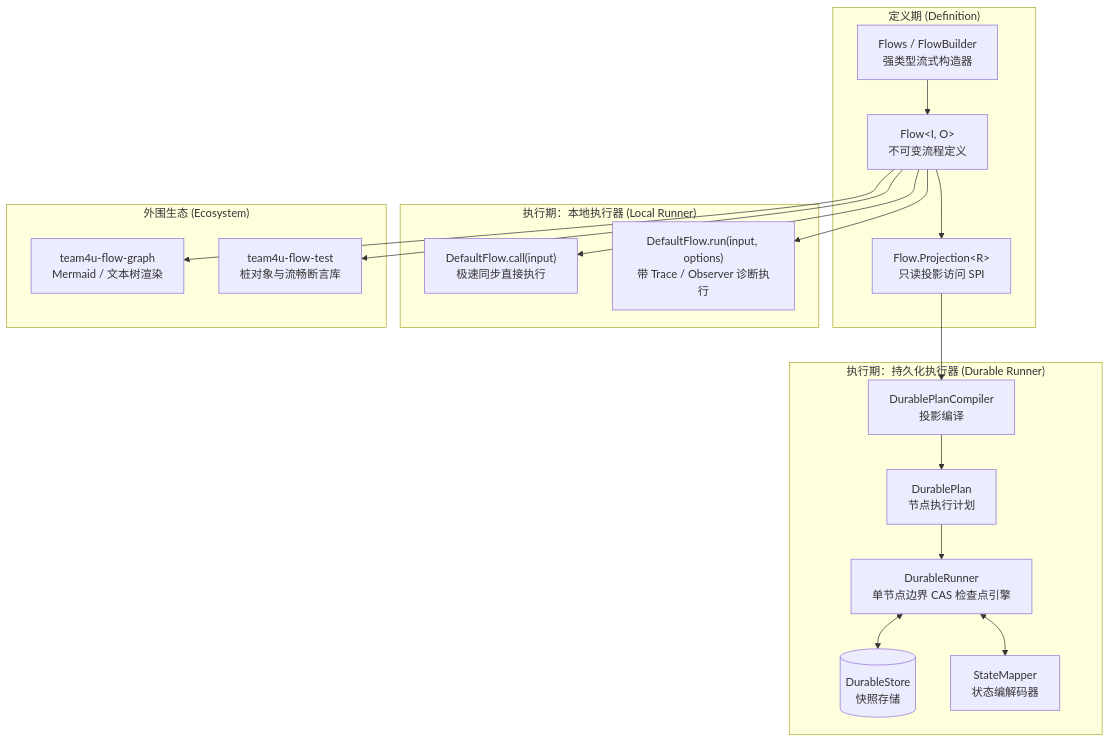
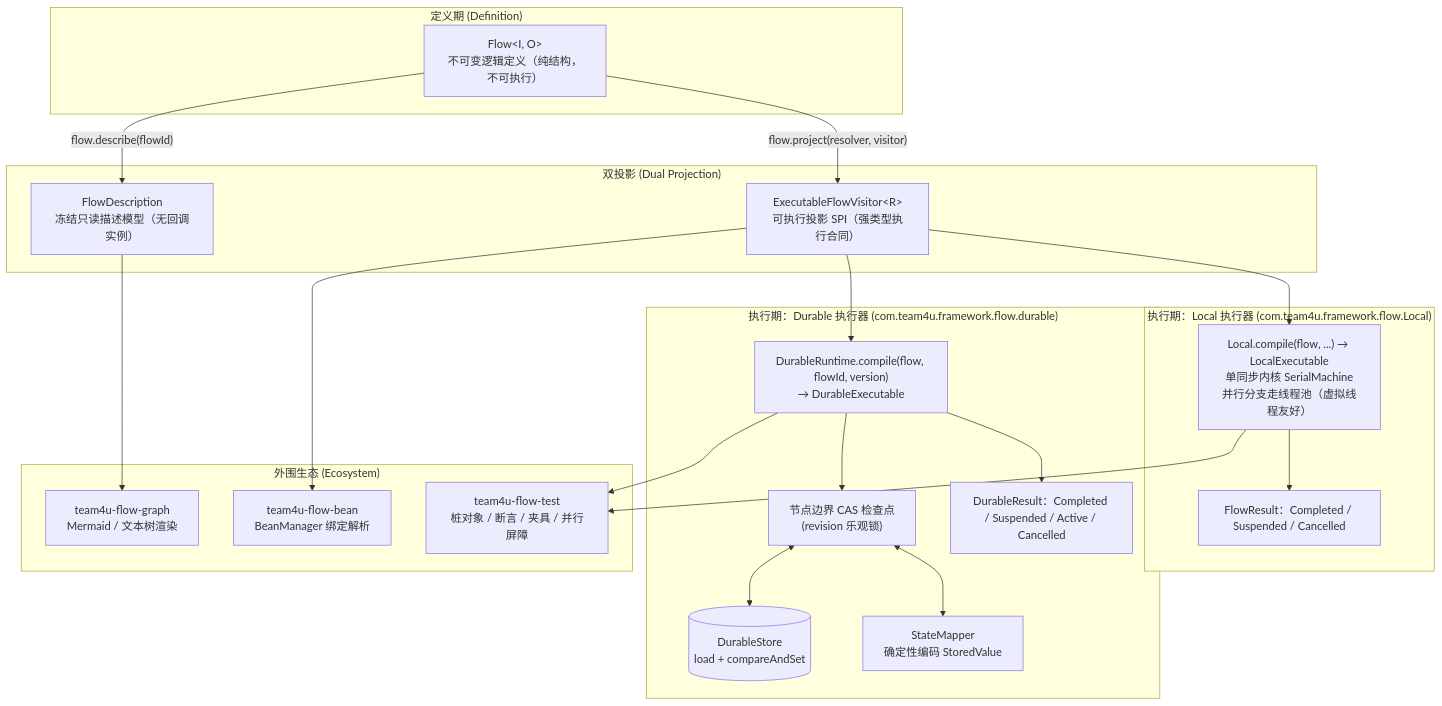
The diagram in docs/flow/README.md (team4u/team4u-framework), drawn with Mermaid before and after one commit. The commit also changed other lines of this file and 9 other files, not shown here.

First line of the commit message:
docs(flow): 重写流程文档适配四态类型化 DSL

````diff
--- a/docs/flow/README.md
+++ b/docs/flow/README.md
@@ -28,25 +35,31 @@
 ```mermaid
 graph TD
     subgraph "定义期 (Definition)"
-        B["Flows / FlowBuilder<br/>强类型流式构造器"] --> F["Flow&lt;I, O&gt;<br/>不可变流程定义"]
-        F --> P["Flow.Projection&lt;R&gt;<br/>只读投影访问 SPI"]
+        D["Flow&lt;I, O&gt;<br/>不可变逻辑定义（纯结构，不可执行）"]
     end
 
-    subgraph "执行期：本地执行器 (Local Runner)"
-        F --> L["DefaultFlow.call(input)<br/>极速同步直接执行"]
-        F --> LR["DefaultFlow.run(input, options)<br/>带 Trace / Observer 诊断执行"]
+    subgraph "双投影 (Dual Projection)"
+        D -->|"flow.describe(flowId)"| PD["FlowDescription<br/>冻结只读描述模型（无回调实例）"]
+        D -->|"flow.project(resolver, visitor)"| PE["ExecutableFlowVisitor&lt;R&gt;<br/>可执行投影 SPI（强类型执行合同）"]
     end
 
-    subgraph "执行期：持久化执行器 (Durable Runner)"
-        P --> DC["DurablePlanCompiler<br/>投影编译"]
-        DC --> DP["DurablePlan<br/>节点执行计划"]
-        DP --> DR["DurableRunner<br/>单节点边界 CAS 检查点引擎"]
-        DR <--> DS[("DurableStore<br/>快照存储")]
-        DR <--> SM["StateMapper<br/>状态编解码器"]
+    subgraph "执行期：Local 执行器 (com.team4u.framework.flow.Local)"
+        PE --> L["Local.compile(flow, ...) → LocalExecutable<br/>单同步内核 SerialMachine<br/>并行分支走线程池（虚拟线程友好）"]
+        L --> LR["FlowResult：Completed / Suspended / Cancelled"]
+    end
+
+    subgraph "执行期：Durable 执行器 (com.team4u.framework.flow.durable)"
+        PE --> DR["DurableRuntime.compile(flow, flowId, version)<br/>→ DurableExecutable"]
+        DR --> CK["节点边界 CAS 检查点<br/>(revision 乐观锁)"]
+        CK <--> DS[("DurableStore<br/>load + compareAndSet")]
+        CK <--> SM["StateMapper<br/>确定性编码 StoredValue"]
+        DR --> DRR["DurableResult：Completed / Suspended / Active / Cancelled"]
     end
 
     subgraph "外围生态 (Ecosystem)"
-        F --> FG["team4u-flow-graph<br/>Mermaid / 文本树渲染"]
-        F --> FT["team4u-flow-test<br/>桩对象与流畅断言库"]
+        PD --> FG["team4u-flow-graph<br/>Mermaid / 文本树渲染"]
+        PE --> FB["team4u-flow-bean<br/>BeanManager 绑定解析"]
+        L --> FT["team4u-flow-test<br/>桩对象 / 断言 / 夹具 / 并行屏障"]
+        DR --> FT
     end
 ```
````
